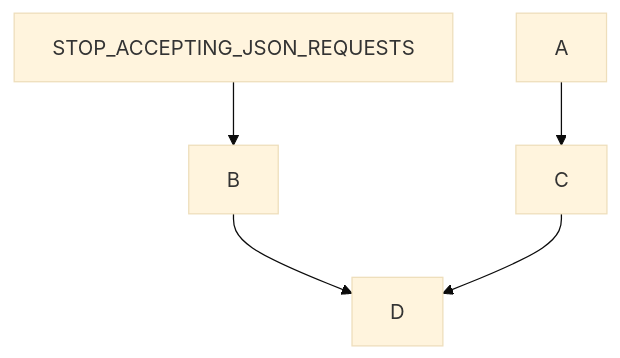
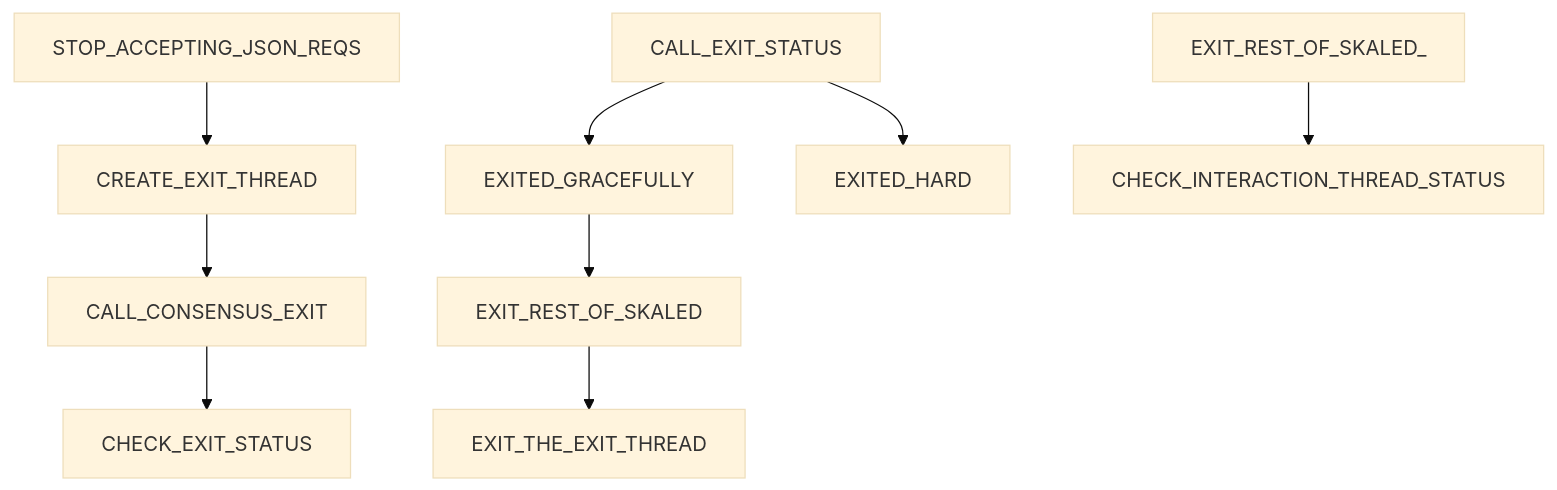
The diagram in docs/exit.md (skalenetwork/skale-consensus), drawn with Mermaid (base theme) before and after one commit.

Commit message:
1425 threading rules

````diff
--- a/docs/exit.md
+++ b/docs/exit.md
@@ -16,7 +16,12 @@
 ```mermaid
 graph TD;
-    STOP_ACCEPTING_JSON_REQUESTS-->B;
-    A-->C;
-    B-->D;
-    C-->D;
+    STOP_ACCEPTING_JSON_REQS-->CREATE_EXIT_THREAD;
+    CREATE_EXIT_THREAD-->CALL_CONSENSUS_EXIT;
+    CALL_CONSENSUS_EXIT-->CHECK_EXIT_STATUS;
+    CALL_EXIT_STATUS-->EXITED_GRACEFULLY;
+    EXITED_GRACEFULLY-->EXIT_REST_OF_SKALED;
+    EXIT_REST_OF_SKALED-->EXIT_THE_EXIT_THREAD;
+    CALL_EXIT_STATUS-->EXITED_HARD;
+    EXIT_REST_OF_SKALED_-->CHECK_INTERACTION_THREAD_STATUS;
+    CHECK_INTERACTION_THREAD_STATUS
 ```
````
